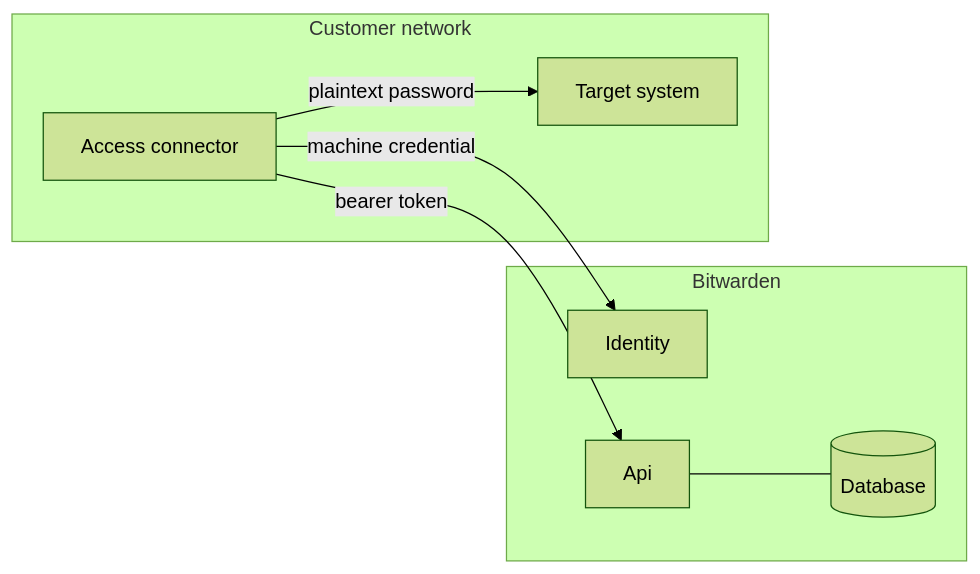
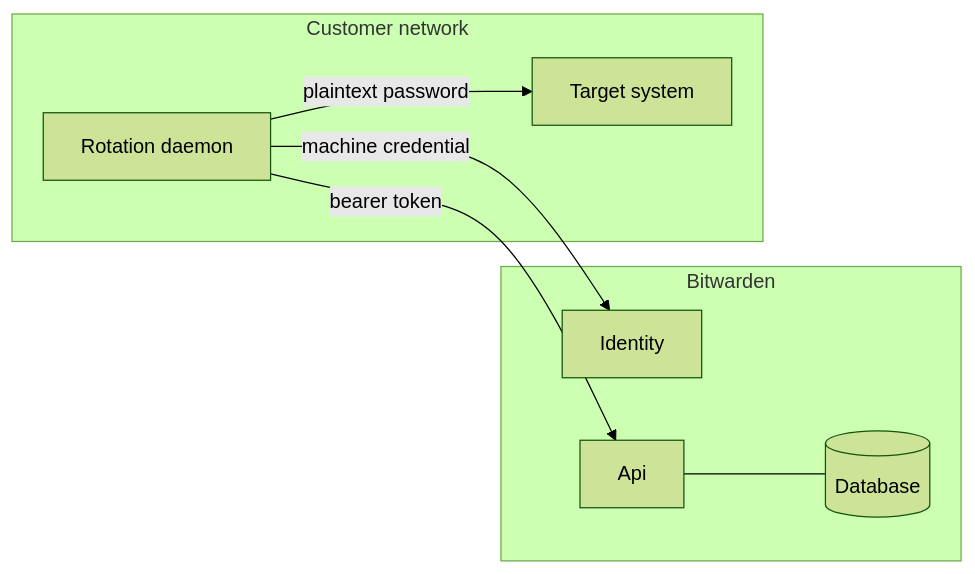
One commit to bitwarden/server changed the diagram in bitwarden_license/src/Services/Pam/AccessConnector/docs/security-model.md. Above: the diagram before and after it, drawn with Mermaid (forest theme). The commit also changed other lines of this file and 91 other files, not shown here.

First line of the commit message:
Rotation Daemon (#7926)

````diff
--- a/bitwarden_license/src/Services/Pam/AccessConnector/docs/security-model.md
+++ b/bitwarden_license/src/Services/Pam/AccessConnector/docs/security-model.md
@@ -11,16 +11,16 @@
 ```mermaid
 flowchart LR
     subgraph Bitwarden
         Identity[Identity]
         Api[Api]
         Db[(Database)]
     end
     subgraph Customer network
-        Connector[Access connector]
+        Daemon[Rotation daemon]
         Target[Target system]
     end
-    Connector -->|machine credential| Identity
-    Connector -->|bearer token| Api
-    Connector -->|plaintext password| Target
+    Daemon -->|machine credential| Identity
+    Daemon -->|bearer token| Api
+    Daemon -->|plaintext password| Target
     Api --- Db
 ```
````
